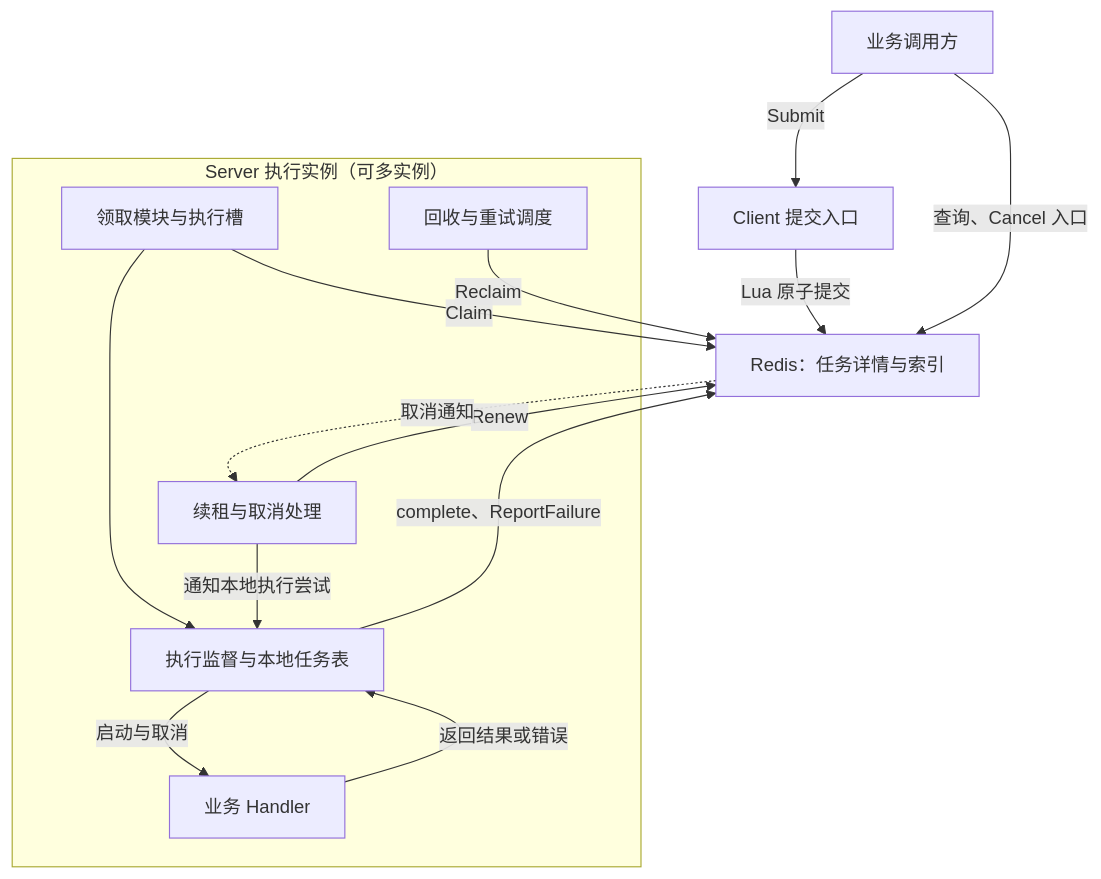
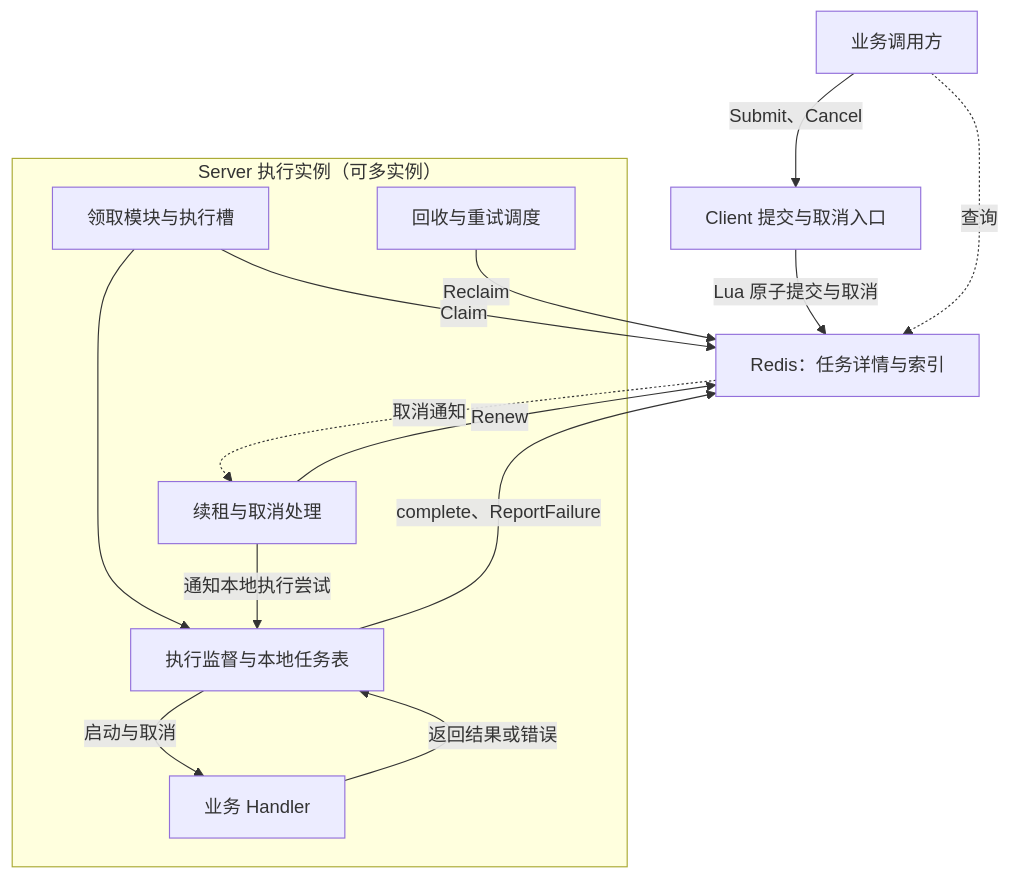
The diagram in docs/项目概览.md (wang-kang-tuoinai/TaskHarbor), drawn with Mermaid before and after one commit. The commit also changed other lines of this file and 22 other files, not shown here.

````diff
--- a/docs/项目概览.md
+++ b/docs/项目概览.md
@@ -58,25 +58,25 @@
 ```mermaid
 flowchart TB
     C["业务调用方"]
-    P["Client 提交入口"]
+    P["Client 提交与取消入口"]
     R["Redis：任务详情与索引"]
     subgraph S["Server 执行实例（可多实例）"]
         L["领取模块与执行槽"]
         E["执行监督与本地任务表"]
         H["业务 Handler"]
         N["续租与取消处理"]
         Q["回收与重试调度"]
         L --> E
         E -->|启动与取消| H
         H -->|返回结果或错误| E
         N -->|通知本地执行尝试| E
     end
-    C -->|Submit| P
-    P -->|Lua 原子提交| R
-    C -->|查询、Cancel 入口| R
+    C -->|Submit、Cancel| P
+    P -->|Lua 原子提交与取消| R
+    C -.->|查询| R
     L -->|Claim| R
     E -->|complete、ReportFailure| R
     N -->|Renew| R
     R -.->|取消通知| N
     Q -->|Reclaim| R
 ```
````
